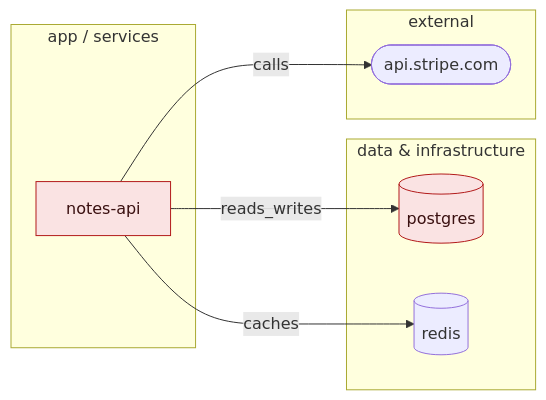
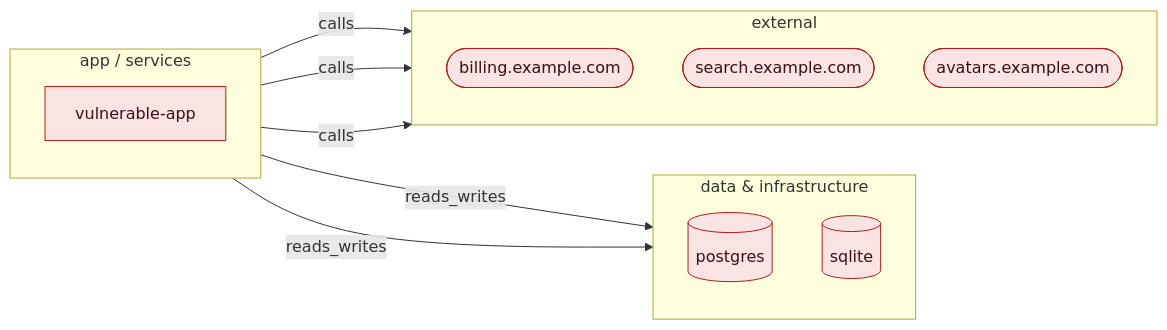
The diagram in README.md (Gypsy46n2/VibeGuard), drawn with Mermaid before and after one commit. The commit also changed other lines of this file and 2 other files, not shown here.

````diff
--- a/README.md
+++ b/README.md
@@ -115,18 +145,25 @@
 ```mermaid
 flowchart LR
   subgraph g1["app / services"]
-    n0["notes-api"]
+    direction TB
+    n0["vulnerable-app"]
   end
   subgraph g2["data #38; infrastructure"]
+    direction TB
     n1[("postgres")]
-    n2[("redis")]
+    n2[("sqlite")]
   end
   subgraph g3["external"]
-    n3(["api.stripe.com"])
+    direction TB
+    n3(["billing.example.com"])
+    n4(["search.example.com"])
+    n5(["avatars.example.com"])
   end
   n0 -->|reads_writes| n1
-  n0 -->|caches| n2
+  n0 -->|reads_writes| n2
   n0 -->|calls| n3
+  n0 -->|calls| n4
+  n0 -->|calls| n5
   classDef bad fill:#fae3e3,stroke:#b21b1b,color:#3a1010;
-  class n0,n1 bad;
+  class n0,n1,n2,n3,n4,n5 bad;
 ```
````
